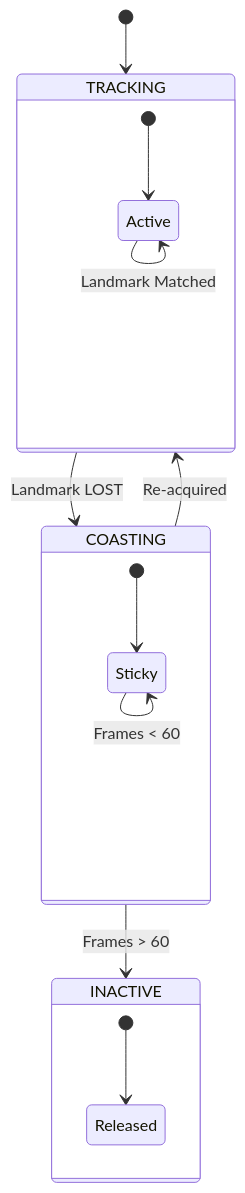
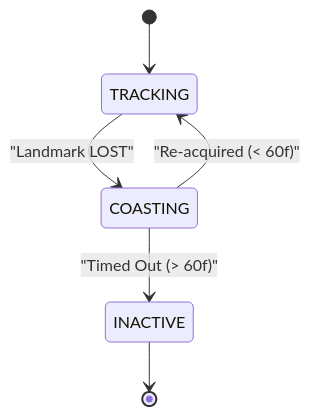
Before and after one commit to TTaoGaming/hfo-gen-88-chromebook-v1: the third of 4 diagrams in hfo_hot_obsidian/bronze/2_areas/mission_thread_omega/omega_workspace_v34_analysis.md, drawn with Mermaid. The commit also changed other lines of this file, not shown here.

Commit message:
docs(omega): fix mermaid syntax in v34 analysis

````diff
--- a/hfo_hot_obsidian/bronze/2_areas/mission_thread_omega/omega_workspace_v34_analysis.md
+++ b/hfo_hot_obsidian/bronze/2_areas/mission_thread_omega/omega_workspace_v34_analysis.md
@@ -82,23 +80,8 @@
 ```mermaid
 stateDiagram-v2
     [*] --> TRACKING
-    
-    state TRACKING {
-        [*] --> Active
-        Active --> Active: Landmark Matched
-    }
-    
-    TRACKING --> COASTING: Landmark LOST
-    
-    state COASTING {
-        [*] --> Sticky
-        Sticky --> Sticky: Frames < 60
-    }
-    
-    COASTING --> TRACKING: Re-acquired
-    COASTING --> INACTIVE: Frames > 60
-    
-    state INACTIVE {
-        [*] --> Released
-    }
+    TRACKING --> COASTING: "Landmark LOST"
+    COASTING --> TRACKING: "Re-acquired (< 60f)"
+    COASTING --> INACTIVE: "Timed Out (> 60f)"
+    INACTIVE --> [*]
 ```
````
